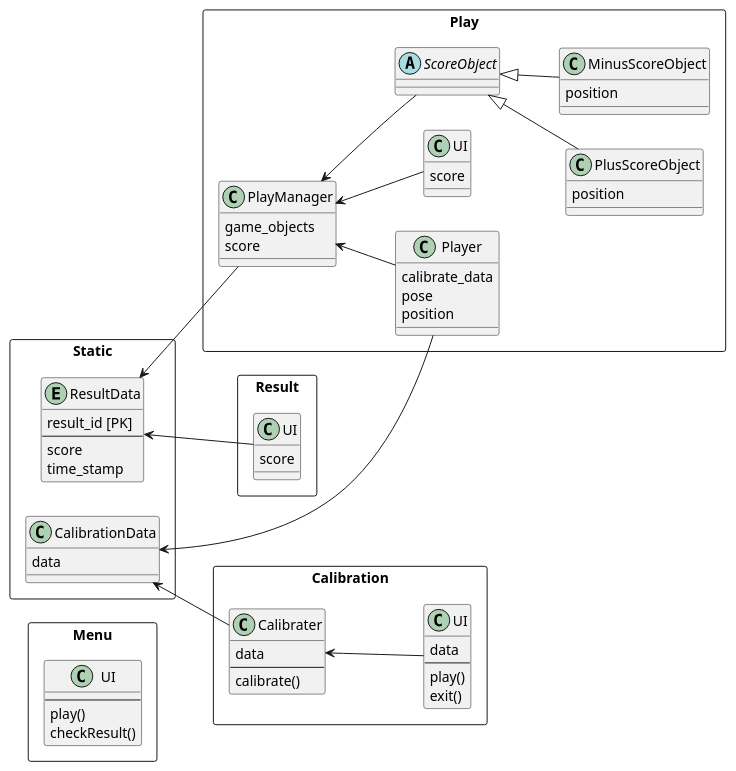
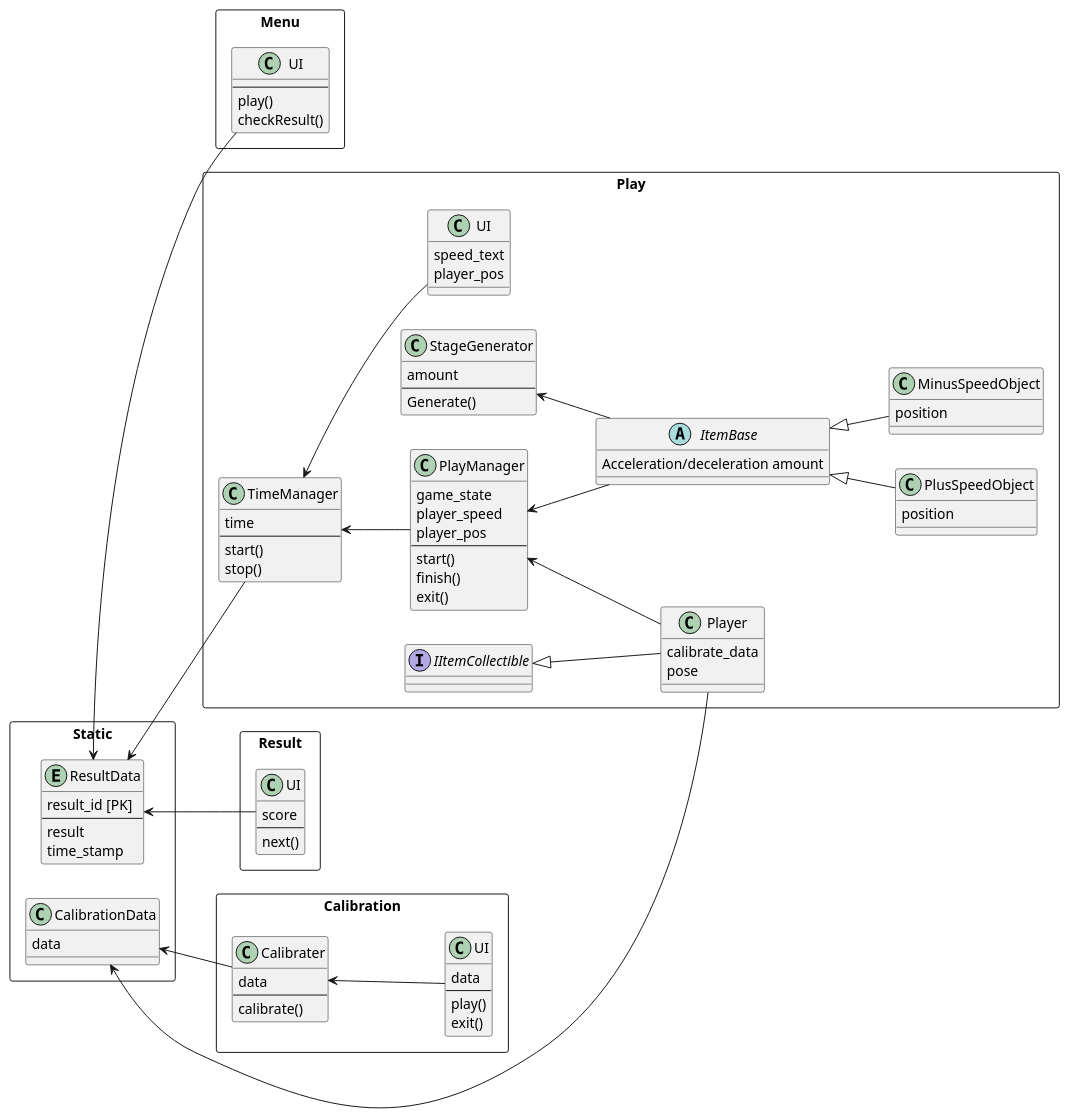
The diagram in specification/source/data.puml (tuatmcc/AvoidGame), drawn with PlantUML before and after one commit.

```diff
--- a/specification/source/data.puml
+++ b/specification/source/data.puml
@@ -1,95 +1,122 @@
 @startuml
 
 left to right direction
 
 package "Menu" <<Rectangle>> {
     class "UI" as menuUi {
         --
         play()
         checkResult()
     }
 }
 
 package "Calibration" <<Rectangle>> {
     class "Calibrater" as calibrater {
         data
         --
         calibrate()
     }
 
     class "UI" as calibrationUi {
         data
         --
         play()
         exit()
     }
 }
 
 package "Play" <<Rectangle>> {
     class "PlayManager" as playManager {
-        game_objects
-        score
+        game_state
+        player_speed
+        player_pos
+        --
+        start()
+        finish()
+        exit()
     }
     
-    class "PlusScoreObject" as plusScoreObject {
+    class "TimeManager" as timeManager {
+        time
+        --
+        start()
+        stop()
+    }
+    
+    class "StageGenerator" as stageGenerator {
+        amount
+        --
+        Generate()
+    }
+    
+    class "PlusSpeedObject" as plusSpeedObject {
         position
     }
     
-    class "MinusScoreObject" as minusScoreObject {
+    class "MinusSpeedObject" as minusSpeedObject {
         position
     }
     
-    abstract class "ScoreObject" as scoreObject {
-    
+    abstract class "ItemBase" as itemBase {
+        Acceleration/deceleration amount
     }
     
     class "Player" as player {
         calibrate_data
         pose
-        position
+    }
+    
+    interface "IItemCollectible" as iItemCollectible {
+        
     }
     
     class "UI" as playUi {
-        score
+        speed_text
+        player_pos
     }
 }
 
 package "Result" <<Rectangle>> {
     class "UI" as resultUi {
         score
+        --
+        next()
     }
 }
 
 package "Static" <<Rectangle>> {
     entity "ResultData" as resultData {
         result_id [PK]
         --
-        score
+        result
         time_stamp
     }
     
     class "CalibrationData" as calibrationData {
         data
     }
 }
 
 ' Menu
+resultData <-- menuUi
 
 ' Calibration
 calibrater <-- calibrationUi
 calibrationData <-- calibrater
 
 ' Play
-playManager <-- scoreObject
-playManager <-- playUi
+playManager <-- itemBase
+timeManager <-- playUi
+timeManager <-- playManager
 playManager <-- player
-
+iItemCollectible <|-- player
 calibrationData <-- player
-resultData <-- playManager
-scoreObject <|-- plusScoreObject
-scoreObject <|-- minusScoreObject
+resultData <-- timeManager
+itemBase <|-- plusSpeedObject
+itemBase <|-- minusSpeedObject
+stageGenerator <-- itemBase
 
 ' Result
 resultData <-- resultUi
 
 @enduml
```
